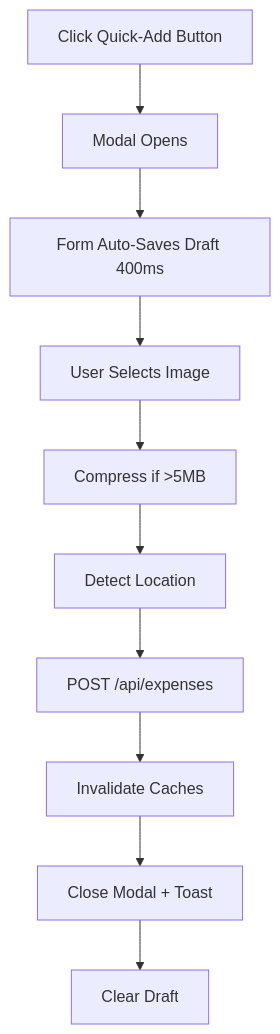
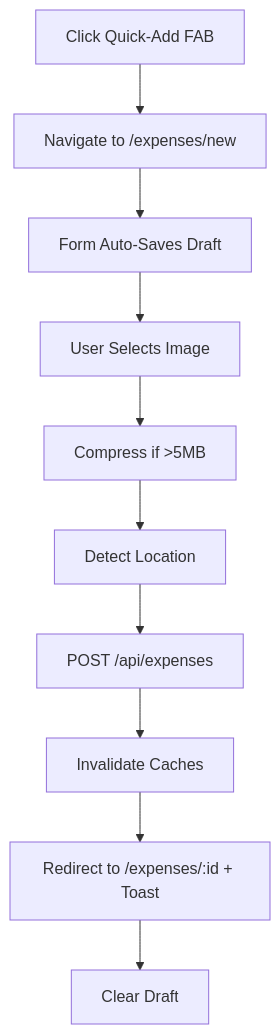
The second of 4 diagrams in docs/UX.md (bharatbhusal/track-my-biryani), drawn with Mermaid before and after one commit. The commit also changed other lines of this file and 6 other files, not shown here.

Commit message:
feat(docs): update README, API, and architecture documentation for clarity and accuracy

````diff
--- a/docs/UX.md
+++ b/docs/UX.md
@@ -80,12 +81,12 @@
 ```mermaid
 flowchart TD
-  A[Click Quick-Add Button] --> B[Modal Opens]
-  B --> C[Form Auto-Saves Draft 400ms]
+  A[Click Quick-Add FAB] --> B[Navigate to /expenses/new]
+  B --> C[Form Auto-Saves Draft]
   C --> D[User Selects Image]
   D --> E[Compress if >5MB]
   E --> F[Detect Location]
   F --> G[POST /api/expenses]
   G --> H[Invalidate Caches]
-  H --> I[Close Modal + Toast]
+  H --> I[Redirect to /expenses/:id + Toast]
   I --> J[Clear Draft]
 ```
````
